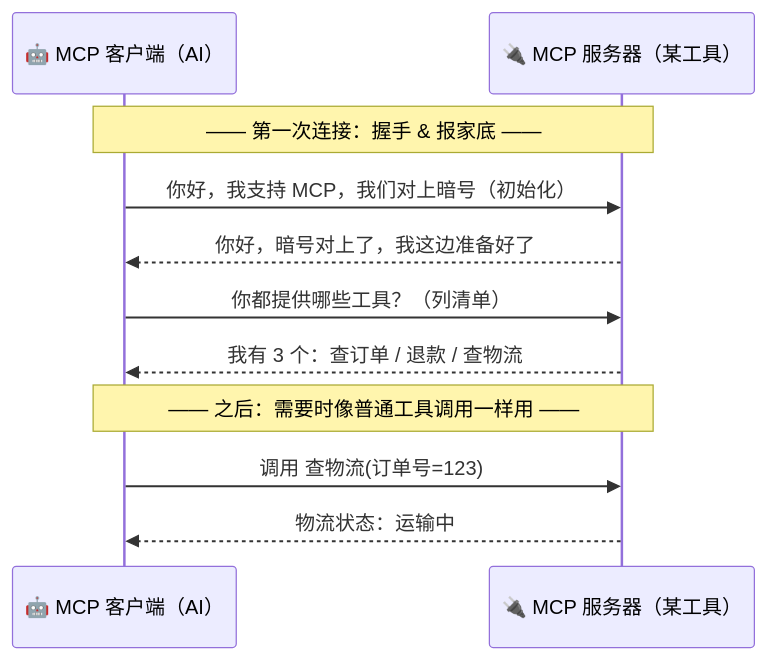
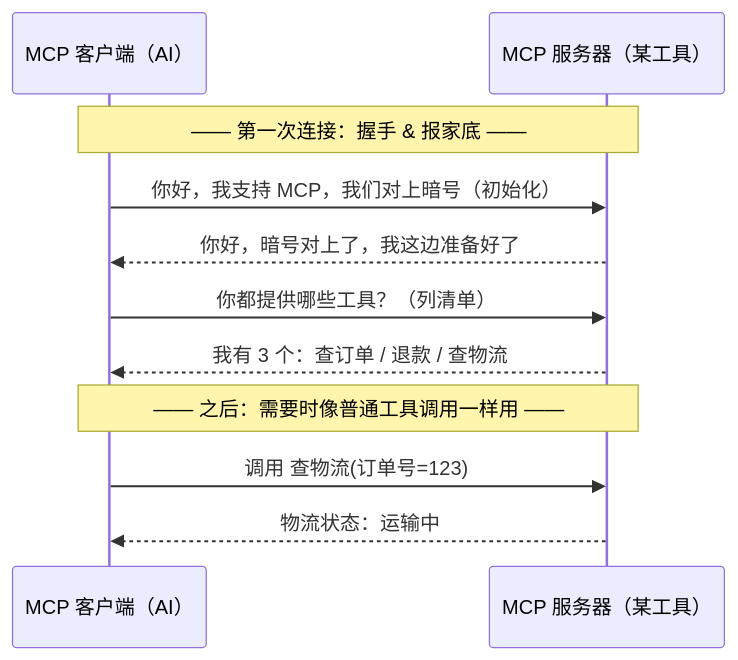
The fourth of 6 diagrams in docs/02_CONCEPTS_概念入门/CONCEPT/[CONCEPT-04] 什么是MCP-模型上下文协议.md (luckykhy/KhyAiHub), drawn with Mermaid before and after one commit. The commit also changed other lines of this file and 19 other files, not shown here.

````diff
--- a/docs/02_CONCEPTS_概念入门/CONCEPT/[CONCEPT-04] 什么是MCP-模型上下文协议.md
+++ b/docs/02_CONCEPTS_概念入门/CONCEPT/[CONCEPT-04] 什么是MCP-模型上下文协议.md
@@ -147,13 +147,13 @@
 ```mermaid
 sequenceDiagram
-  participant AI as 🤖 MCP 客户端（AI）
-  participant MCP as 🔌 MCP 服务器（某工具）
+  participant AI as MCP 客户端（AI）
+  participant MCP as MCP 服务器（某工具）
   Note over AI,MCP: —— 第一次连接：握手 & 报家底 ——
   AI->>MCP: 你好，我支持 MCP，我们对上暗号（初始化）
   MCP-->>AI: 你好，暗号对上了，我这边准备好了
   AI->>MCP: 你都提供哪些工具？（列清单）
   MCP-->>AI: 我有 3 个：查订单 / 退款 / 查物流
   Note over AI,MCP: —— 之后：需要时像普通工具调用一样用 ——
   AI->>MCP: 调用 查物流(订单号=123)
   MCP-->>AI: 物流状态：运输中
 ```
````
